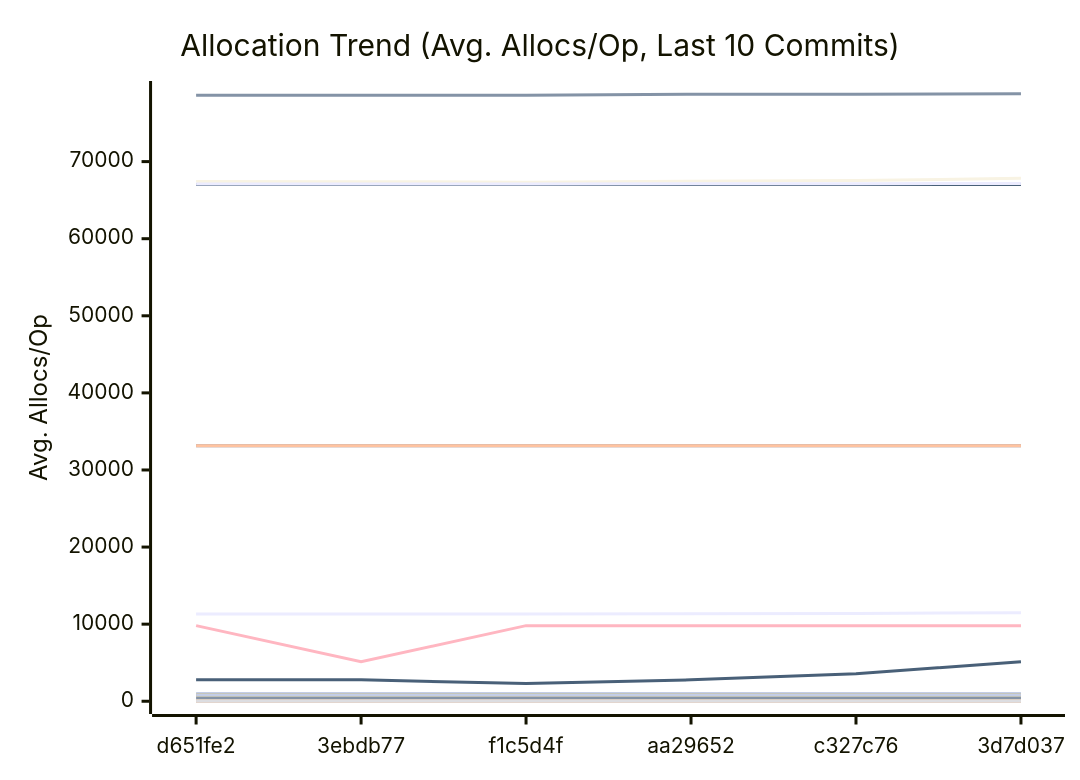
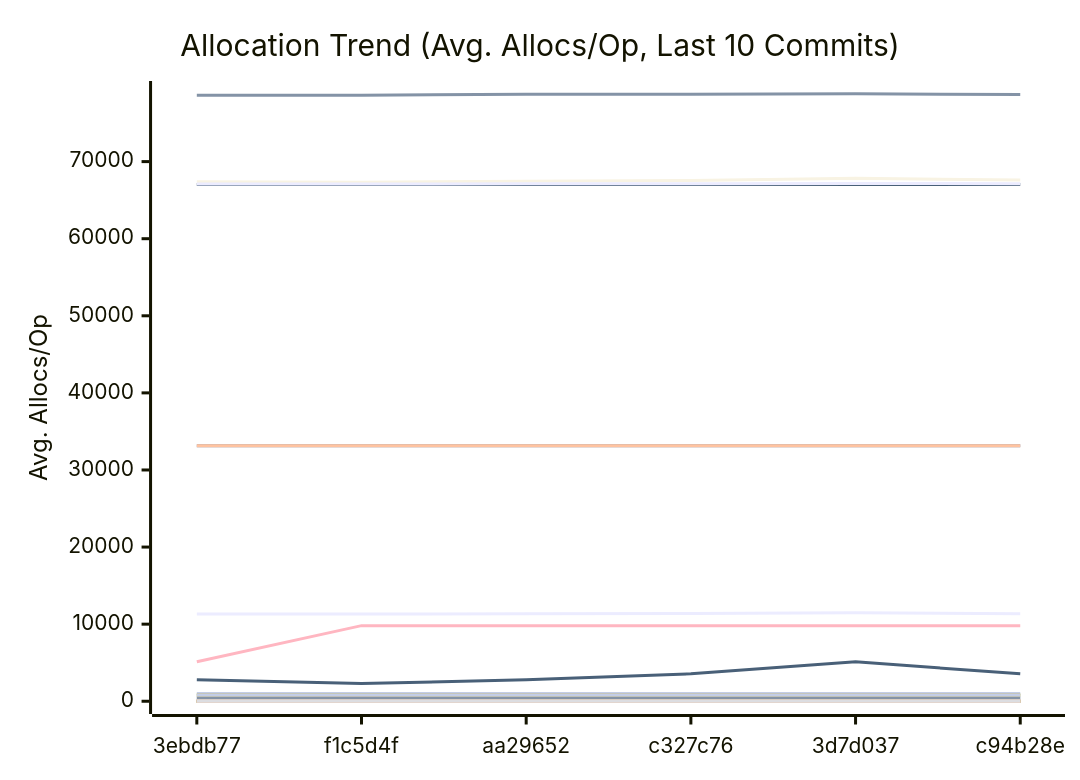
The third of 3 diagrams in docs/PERFORMANCE.md (alsotoes/momo), drawn with Mermaid before and after one commit. The commit also changed other lines of this file and 2 other files, not shown here.

````diff
--- a/docs/PERFORMANCE.md
+++ b/docs/PERFORMANCE.md
@@ -360,44 +360,44 @@
 ```mermaid
 xychart-beta
     title "Allocation Trend (Avg. Allocs/Op, Last 10 Commits)"
     x-axis "Commit"
     y-axis "Avg. Allocs/Op"
-    x-axis [d651fe2,3ebdb77,f1c5d4f,aa29652,c327c76,3d7d037]
-    line "AWSChunkedReaderSigned" [11308,11331,11309,11357,11392,11480,11346,11370,11345,11319]
-    line "AWSChunkedReaderUnsigned" [78600,78609,78603,78751,78742,78802,78690,78621,78704,78640]
+    x-axis [3ebdb77,f1c5d4f,aa29652,c327c76,3d7d037,c94b28e]
+    line "AWSChunkedReaderSigned" [11331,11309,11357,11392,11480,11346,11370,11345,11319,11351]
+    line "AWSChunkedReaderUnsigned" [78609,78603,78751,78742,78802,78690,78621,78704,78640,78777]
     line "CheckMetricsAndSwap" [0,0,0,0,0,0,0,0,0,0]
     line "CrushOptimized" [0,0,0,0,0,0,0,0,0,0]
     line "CrushOriginal" [3,3,3,3,3,3,3,3,3,3]
     line "FormatListObjectsV2XML_AppendFormat" [16,16,16,16,16,16,16,16,16,16]
     line "FormatListObjectsV2XML_OldFormat" [1000,1000,1000,1000,1000,1000,1000,1000,1000,1000]
     line "HashBytes/1MiB" [64,64,64,64,64,64,64,64,64,64]
     line "HashBytes/256MiB" [64,64,64,64,64,64,64,64,64,64]
     line "HashBytes/64MiB" [64,64,64,64,64,64,64,64,64,64]
     line "HashFile/1MiB" [33128,33128,33128,33128,33128,33128,33128,33128,33128,33128]
     line "HashFile/256MiB" [33128,33128,33128,33128,33128,33128,33128,33128,33128,33128]
     line "HashFile/64MiB" [33128,33128,33128,33128,33128,33128,33128,33128,33128,33128]
     line "IndexDirectTracking" [0,0,0,0,0,0,0,0,0,0]
     line "IndexSearch" [0,0,0,0,0,0,0,0,0,0]
     line "LastModifiedHeader_AppendFormat" [0,0,0,0,0,0,0,0,0,0]
     line "LastModifiedHeader_Format" [1,1,1,1,1,1,1,1,1,1]
     line "LoadGlobalConfig" [58,58,58,58,58,58,58,58,58,58]
-    line "LocalWrite/1MiB" [67032,67028,67031,67046,67042,67042,67033,67031,67039,67040]
-    line "LocalWrite/256MiB" [67427,67403,67338,67449,67537,67838,67598,67348,67405,67488]
-    line "LocalWrite/64MiB" [67081,67097,67088,67134,67134,67169,67134,67099,67099,67127]
+    line "LocalWrite/1MiB" [67028,67031,67046,67042,67042,67033,67031,67039,67040,67044]
+    line "LocalWrite/256MiB" [67403,67338,67449,67537,67838,67598,67348,67405,67488,67564]
+    line "LocalWrite/64MiB" [67097,67088,67134,67134,67169,67134,67099,67099,67127,67078]
     line "PadString" [1,1,1,1,1,1,1,1,1,1]
     line "ParseReplicationOrder_NoPrealloc" [6,6,6,6,6,5,5,5,5,5]
     line "ParseReplicationOrder_Prealloc" [2,2,2,2,2,1,1,1,1,1]
     line "Placement" [6,6,6,6,6,6,6,6,6,6]
     line "PlacementDomainSpread" [6,6,6,6,6,6,6,6,6,6]
-    line "ReadVerify/1MiB" [478,467,459,484,493,526,438,437,474,439]
-    line "ReadVerify/256MiB" [9808,5120,9808,9808,9808,9808,9808,9808,9808,9808]
-    line "ReadVerify/64MiB" [2776,2776,2307,2776,3557,5120,3557,2776,2307,5120]
-    line "S3PutSpool/1MiB" [447,448,447,448,448,448,448,447,448,447]
+    line "ReadVerify/1MiB" [467,459,484,493,526,438,437,474,439,490]
+    line "ReadVerify/256MiB" [5120,9808,9808,9808,9808,9808,9808,9808,9808,9808]
+    line "ReadVerify/64MiB" [2776,2307,2776,3557,5120,3557,2776,2307,5120,3557]
+    line "S3PutSpool/1MiB" [448,447,448,448,448,448,447,448,447,447]
     line "S3PutSpool/256MiB" [448,448,448,448,448,448,448,448,448,448]
     line "S3PutSpool/64MiB" [448,448,448,448,448,448,448,448,448,448]
     line "SanitizeLog/Safe" [0,0,0,0,0,0,0,0,0,0]
     line "SanitizeLog/Unsafe" [1,1,1,1,1,1,1,1,1,1]
-    line "TrustedRead/1MiB" [800,800,837,800,800,800,800,800,800,858]
+    line "TrustedRead/1MiB" [800,837,800,800,800,800,800,800,858,800]
     line "TrustedRead/256MiB" [800,800,800,800,800,800,800,800,800,800]
     line "TrustedRead/64MiB" [800,800,800,800,800,800,800,800,800,800]
 ```
````
